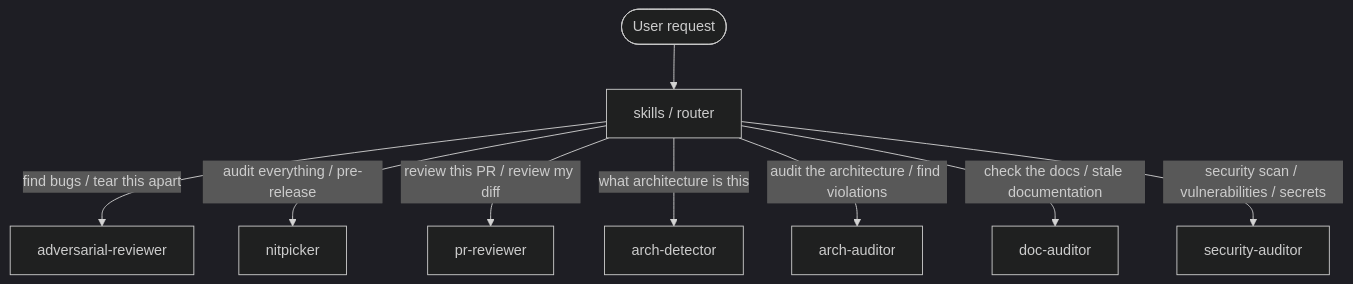
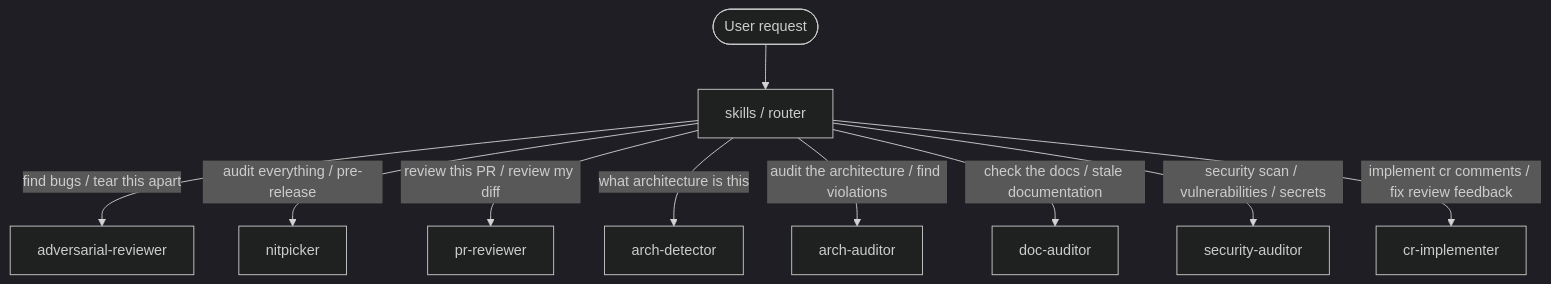
One commit to ivuorinen/skills changed the fifth of 6 diagrams in .claude/skills/README.md. Above: the diagram before and after it, drawn with Mermaid (dark theme). The commit also changed other lines of this file and 5 other files, not shown here.

````diff
--- a/.claude/skills/README.md
+++ b/.claude/skills/README.md
@@ -221,11 +224,12 @@
 ```mermaid
 flowchart TD
     U([User request]) --> R[skills / router]
     R -->|"find bugs / tear this apart"| AR[adversarial-reviewer]
     R -->|"audit everything / pre-release"| NP[nitpicker]
     R -->|"review this PR / review my diff"| PR[pr-reviewer]
     R -->|"what architecture is this"| AD[arch-detector]
     R -->|"audit the architecture / find violations"| AA[arch-auditor]
     R -->|"check the docs / stale documentation"| DA[doc-auditor]
     R -->|"security scan / vulnerabilities / secrets"| SA[security-auditor]
+    R -->|"implement cr comments / fix review feedback"| CRI[cr-implementer]
 ```
````
